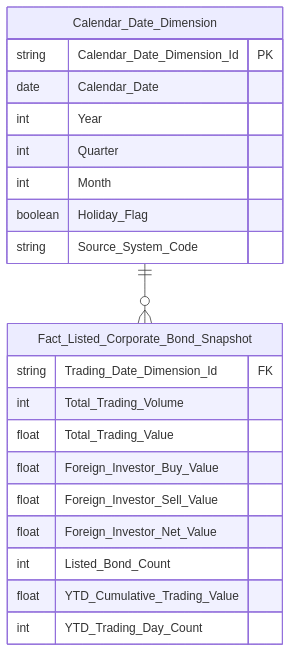
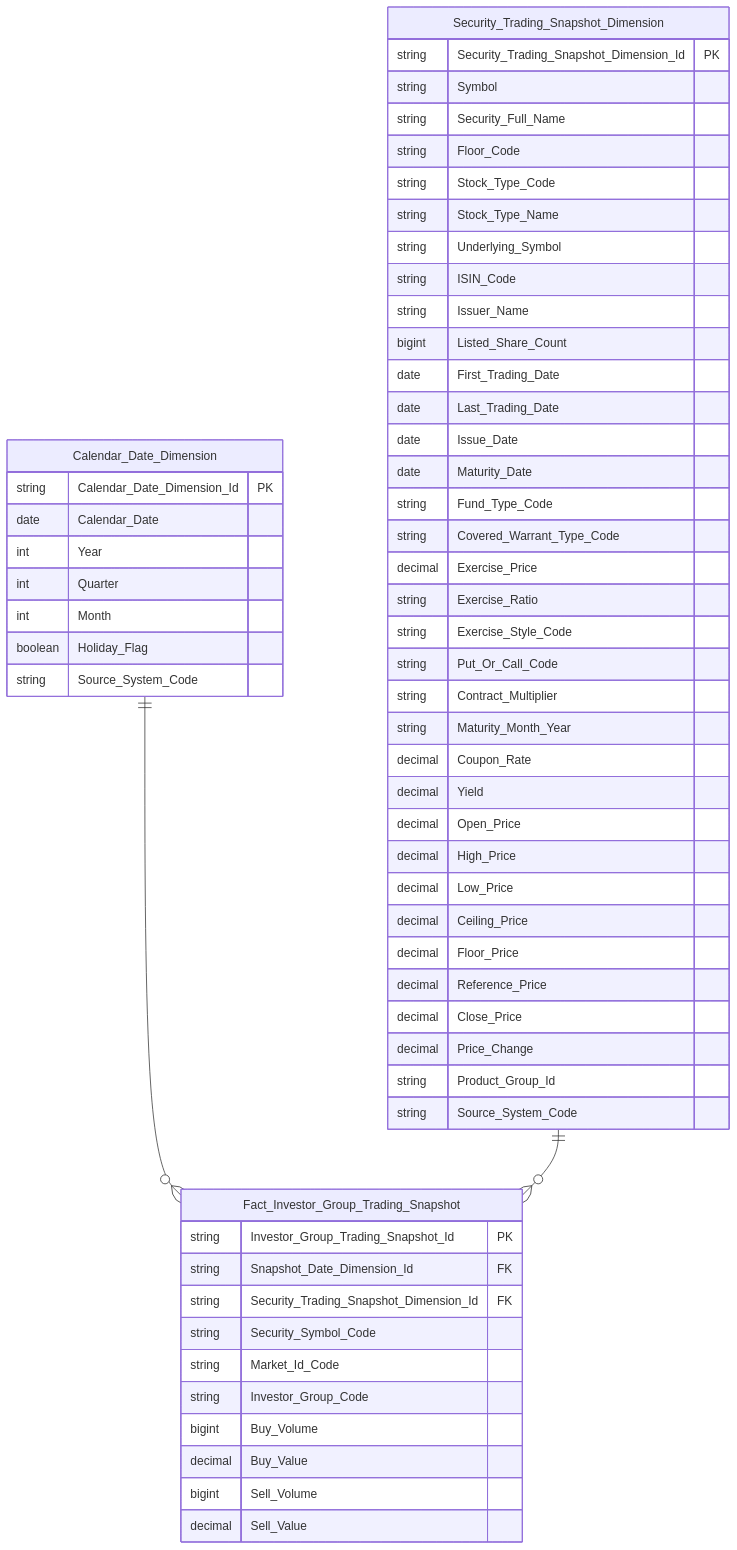
Diagram 18 of 40 in Datamart/hld/DTM_VP_HLD.md (linhlvit/ubck_atomic_design), drawn with Mermaid before and after one commit. The commit also changed other lines of this file and 25 other files, not shown here.

````diff
--- a/Datamart/hld/DTM_VP_HLD.md
+++ b/Datamart/hld/DTM_VP_HLD.md
@@ -698,24 +1021,62 @@
 ```mermaid
 erDiagram
     Calendar_Date_Dimension {
         string Calendar_Date_Dimension_Id PK
         date Calendar_Date
         int Year
         int Quarter
         int Month
         boolean Holiday_Flag
         string Source_System_Code
     }
-    Fact_Listed_Corporate_Bond_Snapshot {
-        string Trading_Date_Dimension_Id FK
-        int Total_Trading_Volume
-        float Total_Trading_Value
-        float Foreign_Investor_Buy_Value
-        float Foreign_Investor_Sell_Value
-        float Foreign_Investor_Net_Value
-        int Listed_Bond_Count
-        float YTD_Cumulative_Trading_Value
-        int YTD_Trading_Day_Count
+    Security_Trading_Snapshot_Dimension {
+        string Security_Trading_Snapshot_Dimension_Id PK
+        string Symbol
+        string Security_Full_Name
+        string Floor_Code
+        string Stock_Type_Code
+        string Stock_Type_Name
+        string Underlying_Symbol
+        string ISIN_Code
+        string Issuer_Name
+        bigint Listed_Share_Count
+        date First_Trading_Date
+        date Last_Trading_Date
+        date Issue_Date
+        date Maturity_Date
+        string Fund_Type_Code
+        string Covered_Warrant_Type_Code
+        decimal Exercise_Price
+        string Exercise_Ratio
+        string Exercise_Style_Code
+        string Put_Or_Call_Code
+        string Contract_Multiplier
+        string Maturity_Month_Year
+        decimal Coupon_Rate
+        decimal Yield
+        decimal Open_Price
+        decimal High_Price
+        decimal Low_Price
+        decimal Ceiling_Price
+        decimal Floor_Price
+        decimal Reference_Price
+        decimal Close_Price
+        decimal Price_Change
+        string Product_Group_Id
+        string Source_System_Code
     }
-    Calendar_Date_Dimension ||--o{ Fact_Listed_Corporate_Bond_Snapshot : " "
+    Fact_Investor_Group_Trading_Snapshot {
+        string Investor_Group_Trading_Snapshot_Id PK
+        string Snapshot_Date_Dimension_Id FK
+        string Security_Trading_Snapshot_Dimension_Id FK
+        string Security_Symbol_Code
+        string Market_Id_Code
+        string Investor_Group_Code
+        bigint Buy_Volume
+        decimal Buy_Value
+        bigint Sell_Volume
+        decimal Sell_Value
+    }
+    Calendar_Date_Dimension ||--o{ Fact_Investor_Group_Trading_Snapshot : " "
+    Security_Trading_Snapshot_Dimension ||--o{ Fact_Investor_Group_Trading_Snapshot : " "
 ```
````
